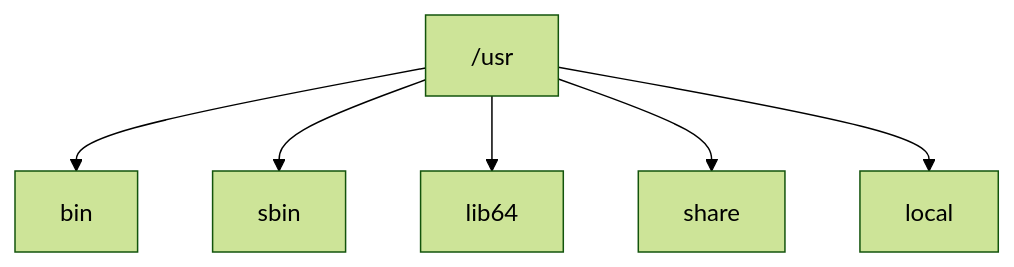
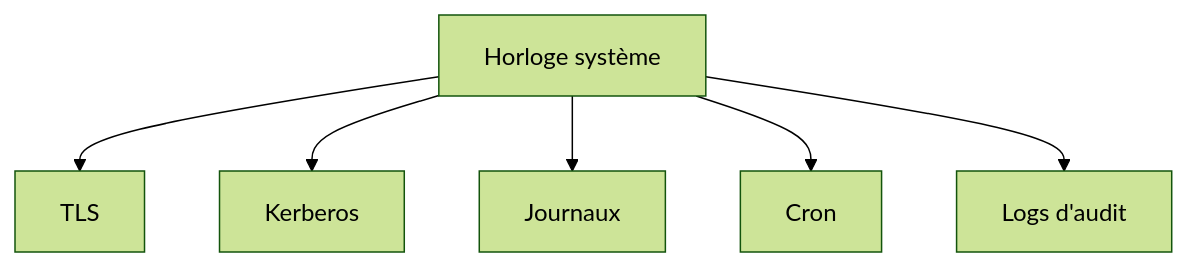
One commit to tdelaclos/formations changed the second of 7 diagrams in campagne 1/1.4.md. Above: the diagram before and after it, drawn with Mermaid (forest theme). The commit also changed other lines of this file, not shown here.

````diff
--- a/campagne 1/1.4.md
+++ b/campagne 1/1.4.md
@@ -299,15 +196,15 @@
 ```mermaid
 flowchart TD
 
-USR["/usr"]
+A["Horloge système"]
 
-USR --> BIN["bin"]
+A --> B["TLS"]
 
-USR --> SBIN["sbin"]
+A --> C["Kerberos"]
 
-USR --> LIB["lib64"]
+A --> D["Journaux"]
 
-USR --> SHARE["share"]
+A --> E["Cron"]
 
-USR --> LOCAL["local"]
+A --> F["Logs d'audit"]
 ```
````
